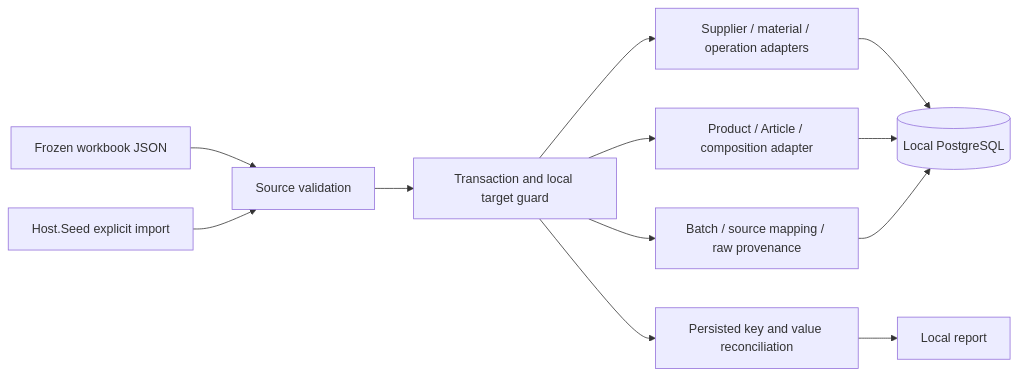
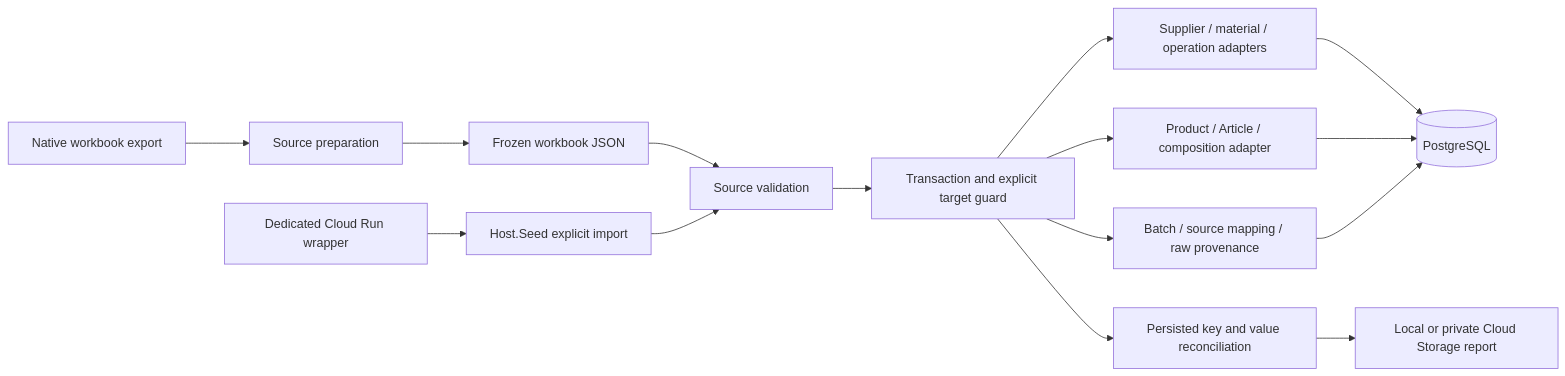
One commit to Weretik/BreviERP changed the diagram in docs/sdd/features/catalog/catalog-import.md. Above: the diagram before and after it, drawn with Mermaid. The commit also changed other lines of this file and 12 other files, not shown here.

First line of the commit message:
build(deploy): provision dedicated catalogue import job

````diff
--- a/docs/sdd/features/catalog/catalog-import.md
+++ b/docs/sdd/features/catalog/catalog-import.md
@@ -33,14 +35,17 @@
 ```mermaid
 flowchart LR
-    Snapshot[Frozen workbook JSON] --> Planner[Source validation]
+    XLSX[Native workbook export] --> Prepare[Source preparation]
+    Prepare --> Snapshot[Frozen workbook JSON]
+    Snapshot --> Planner[Source validation]
+    CloudJob[Dedicated Cloud Run wrapper] --> Seed
     Seed[Host.Seed explicit import] --> Planner
-    Planner --> Job[Transaction and local target guard]
+    Planner --> Job[Transaction and explicit target guard]
     Job --> Reference[Supplier / material / operation adapters]
     Job --> Catalog[Product / Article / composition adapter]
-    Reference --> DB[(Local PostgreSQL)]
+    Reference --> DB[(PostgreSQL)]
     Catalog --> DB
     Job --> Audit[Batch / source mapping / raw provenance]
     Audit --> DB
     Job --> Reconcile[Persisted key and value reconciliation]
-    Reconcile --> Report[Local report]
+    Reconcile --> Report[Local or private Cloud Storage report]
 ```
````
